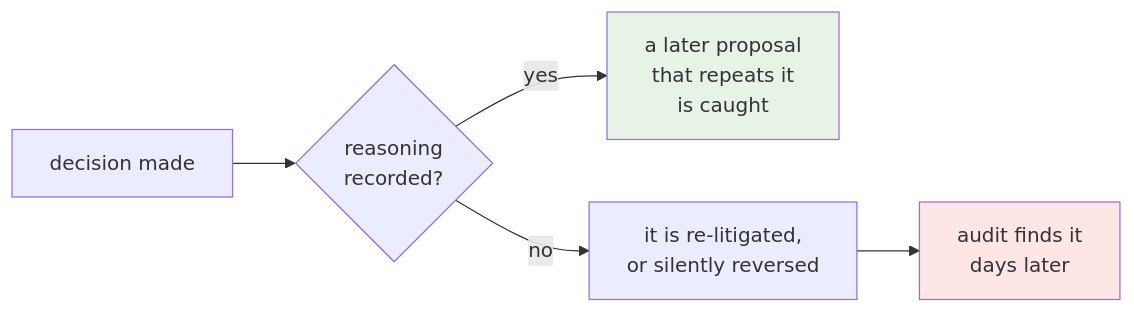
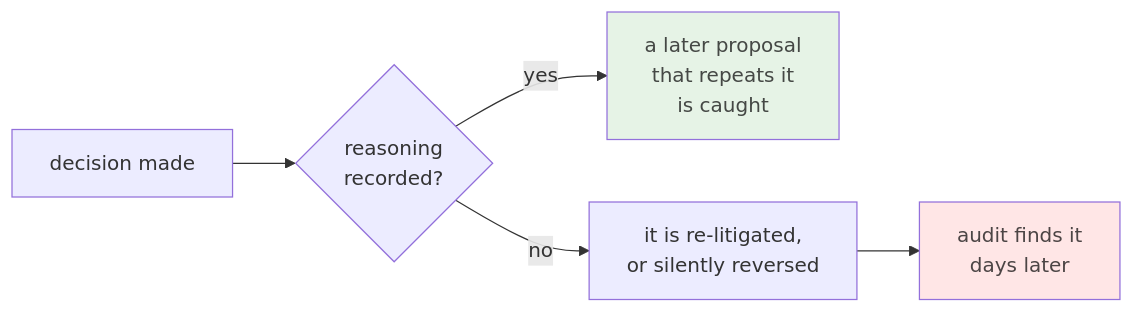
The diagram in docs/adr/0031-adr-format-alternatives-and-rejection-reasoning.md (tom2025b/git-vista), drawn with Mermaid before and after one commit. The commit also changed 21 other files, not shown here.

````diff
--- a/docs/adr/0031-adr-format-alternatives-and-rejection-reasoning.md
+++ b/docs/adr/0031-adr-format-alternatives-and-rejection-reasoning.md
@@ -30,9 +30,9 @@
 ```mermaid
 flowchart LR
     A["decision made"] --> B{"reasoning<br/>recorded?"}
     B -->|"yes"| C["a later proposal<br/>that repeats it<br/>is caught"]
     B -->|"no"| D["it is re-litigated,<br/>or silently reversed"]
     D --> E["audit finds it<br/>days later"]
-    style C fill:#e6f3e6
-    style E fill:#ffe6e6
+    style C fill:#e6f3e6,color:#454845
+    style E fill:#ffe6e6,color:#4c4545
 ```
````
